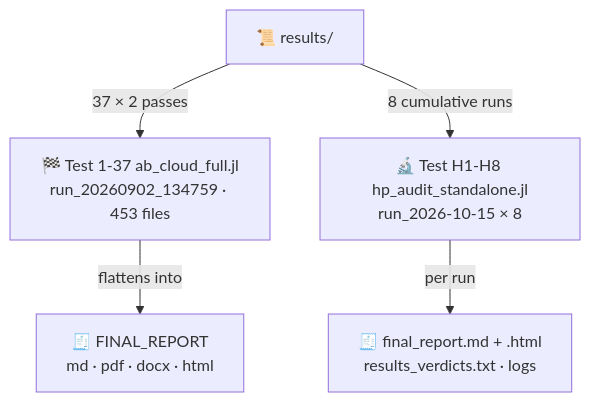
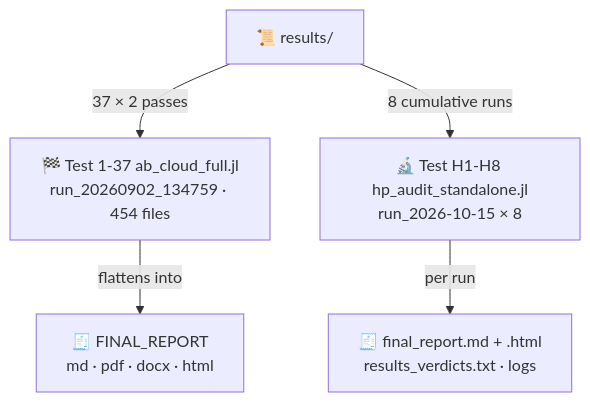
Before and after one commit to wild8highlander/ab-cloud-research: the diagram in results/README.md, drawn with Mermaid. The commit also changed other lines of this file and 298 other files, not shown here.

````diff
--- a/results/README.md
+++ b/results/README.md
@@ -52,7 +52,7 @@
 ```mermaid
 graph TD
-    R["📜 results/"] -->|"37 × 2 passes"| F["🏁 Test 1-37 ab_cloud_full.jl<br/>run_20260902_134759 · 453 files"]
+    R["📜 results/"] -->|"37 × 2 passes"| F["🏁 Test 1-37 ab_cloud_full.jl<br/>run_20260902_134759 · 454 files"]
     R -->|"8 cumulative runs"| H["🔬 Test H1-H8 hp_audit_standalone.jl<br/>run_2026-10-15 × 8"]
     F -->|"flattens into"| FR["🧾 FINAL_REPORT<br/>md · pdf · docx · html"]
     H -->|"per run"| HR["🧾 final_report.md + .html<br/>results_verdicts.txt · logs"]
 ```
````
